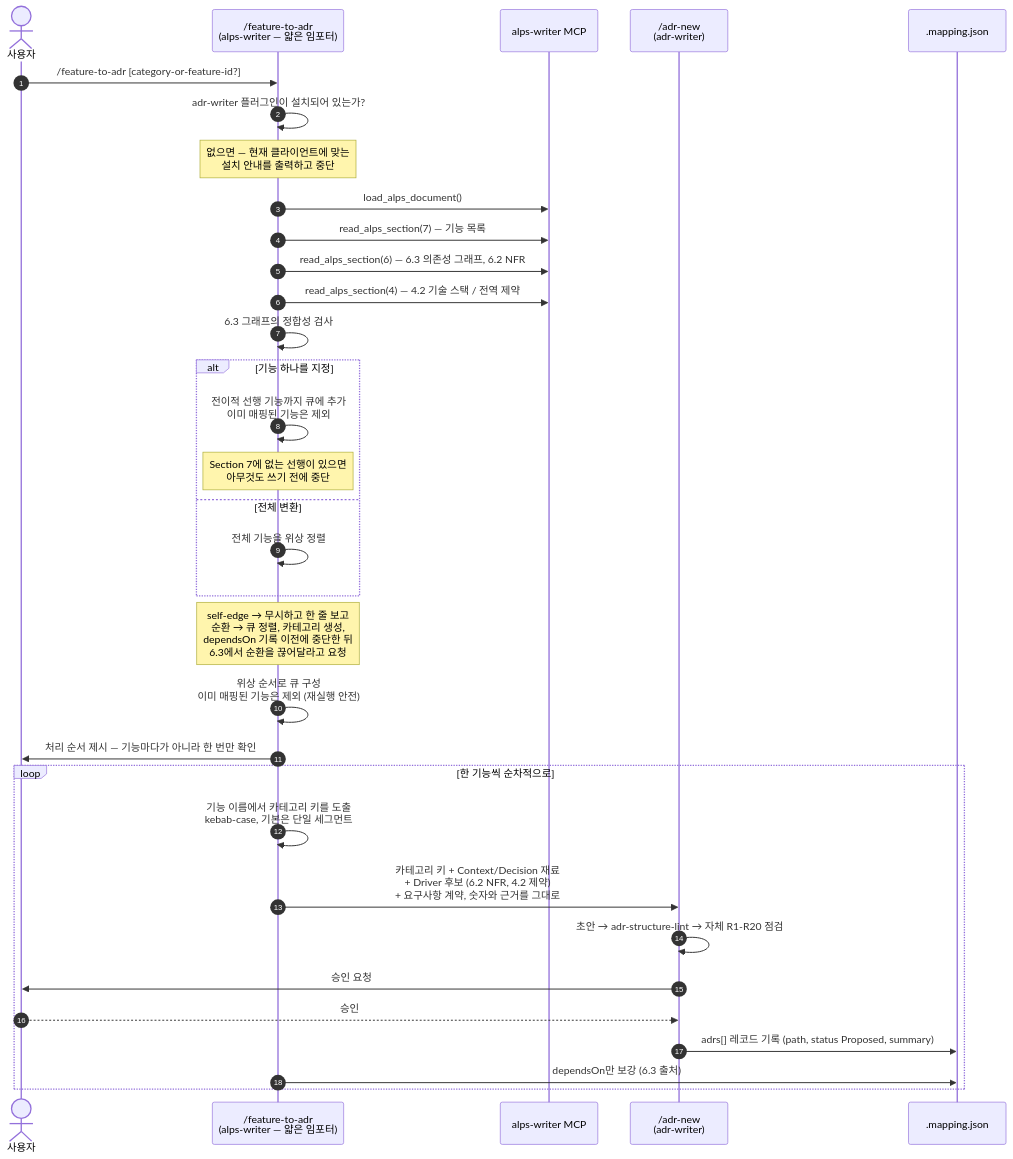
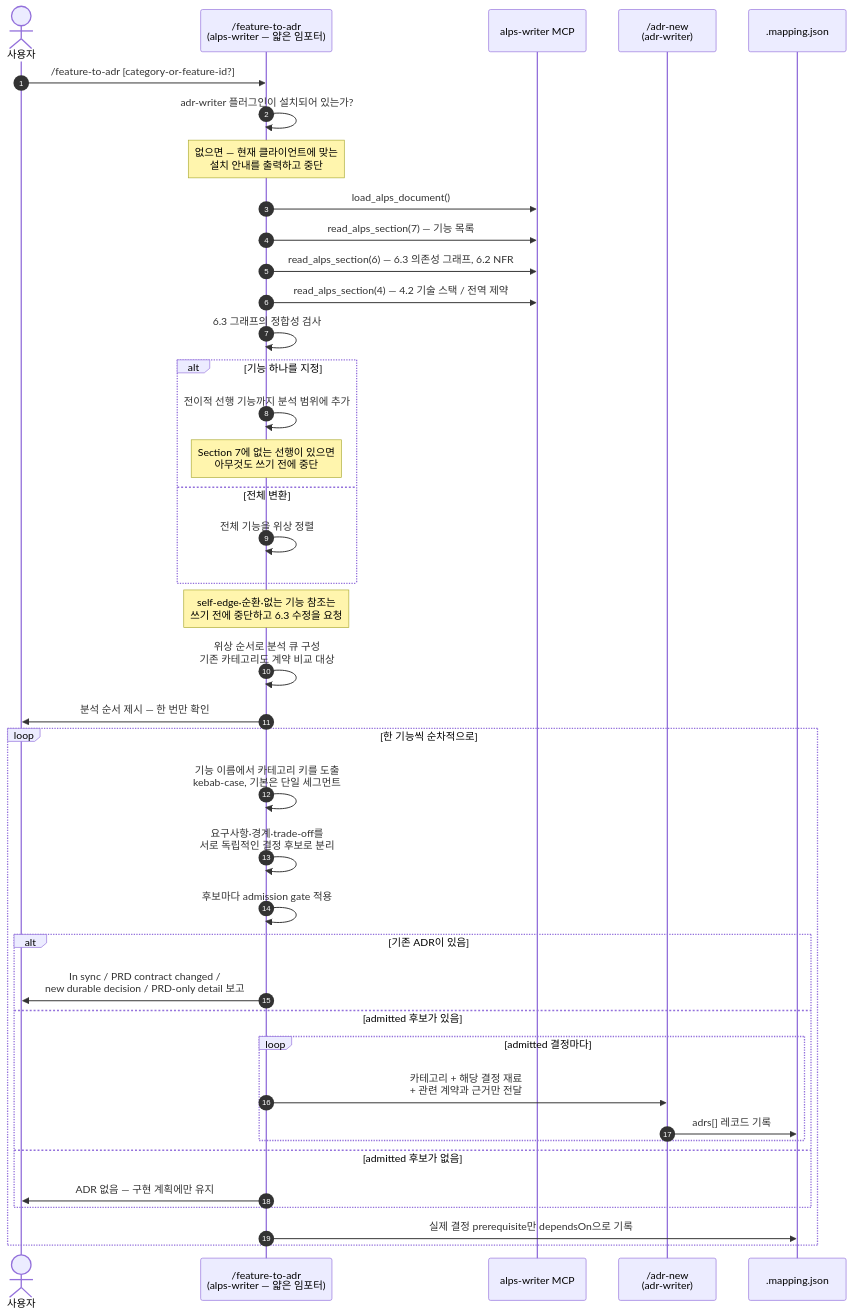
The third of 8 diagrams in docs/adr-process.md (haandol/alps-writer-mcp), drawn with Mermaid before and after one commit. The commit also changed other lines of this file and 59 other files, not shown here.

````diff
--- a/docs/adr-process.md
+++ b/docs/adr-process.md
@@ -171,40 +171,47 @@
 ```mermaid
 sequenceDiagram
     autonumber
     actor U as 사용자
     participant F2A as /feature-to-adr<br/>(alps-writer — 얇은 임포터)
     participant MCP as alps-writer MCP
     participant New as /adr-new<br/>(adr-writer)
     participant Map as .mapping.json
 
     U->>F2A: /feature-to-adr [category-or-feature-id?]
     F2A->>F2A: adr-writer 플러그인이 설치되어 있는가?
     Note over F2A: 없으면 — 현재 클라이언트에 맞는<br/>설치 안내를 출력하고 중단
 
     F2A->>MCP: load_alps_document()
     F2A->>MCP: read_alps_section(7) — 기능 목록
     F2A->>MCP: read_alps_section(6) — 6.3 의존성 그래프, 6.2 NFR
     F2A->>MCP: read_alps_section(4) — 4.2 기술 스택 / 전역 제약
 
     F2A->>F2A: 6.3 그래프의 정합성 검사
     alt 기능 하나를 지정
-        F2A->>F2A: 전이적 선행 기능까지 큐에 추가<br/>이미 매핑된 기능은 제외
+        F2A->>F2A: 전이적 선행 기능까지 분석 범위에 추가
         Note over F2A: Section 7에 없는 선행이 있으면<br/>아무것도 쓰기 전에 중단
     else 전체 변환
         F2A->>F2A: 전체 기능을 위상 정렬
     end
-    Note over F2A: self-edge → 무시하고 한 줄 보고<br/>순환 → 큐 정렬, 카테고리 생성,<br/>dependsOn 기록 이전에 중단한 뒤<br/>6.3에서 순환을 끊어달라고 요청
+    Note over F2A: self-edge·순환·없는 기능 참조는<br/>쓰기 전에 중단하고 6.3 수정을 요청
 
-    F2A->>F2A: 위상 순서로 큐 구성<br/>이미 매핑된 기능은 제외 (재실행 안전)
-    F2A->>U: 처리 순서 제시 — 기능마다가 아니라 한 번만 확인
+    F2A->>F2A: 위상 순서로 분석 큐 구성<br/>기존 카테고리도 계약 비교 대상
+    F2A->>U: 분석 순서 제시 — 한 번만 확인
 
     loop 한 기능씩 순차적으로
         F2A->>F2A: 기능 이름에서 카테고리 키를 도출<br/>kebab-case, 기본은 단일 세그먼트
-        F2A->>New: 카테고리 키 + Context/Decision 재료<br/>+ Driver 후보 (6.2 NFR, 4.2 제약)<br/>+ 요구사항 계약, 숫자와 근거를 그대로
-        New->>New: 초안 → adr-structure-lint → 자체 R1-R20 점검
-        New->>U: 승인 요청
-        U-->>New: 승인
-        New->>Map: adrs[] 레코드 기록 (path, status Proposed, summary)
-        F2A->>Map: dependsOn만 보강 (6.3 출처)
+        F2A->>F2A: 요구사항·경계·trade-off를<br/>서로 독립적인 결정 후보로 분리
+        F2A->>F2A: 후보마다 admission gate 적용
+        alt 기존 ADR이 있음
+            F2A->>U: In sync / PRD contract changed /<br/>new durable decision / PRD-only detail 보고
+        else admitted 후보가 있음
+            loop admitted 결정마다
+                F2A->>New: 카테고리 + 해당 결정 재료<br/>+ 관련 계약과 근거만 전달
+                New->>Map: adrs[] 레코드 기록
+            end
+        else admitted 후보가 없음
+            F2A->>U: ADR 없음 — 구현 계획에만 유지
+        end
+        F2A->>Map: 실제 결정 prerequisite만 dependsOn으로 기록
     end
 ```
````
